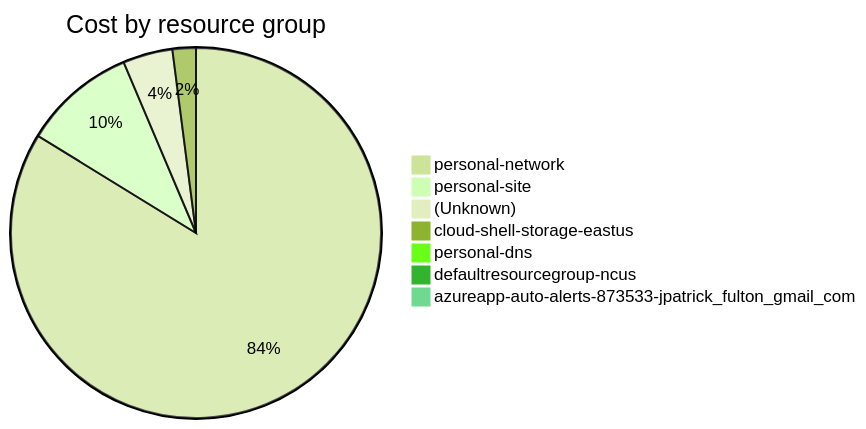
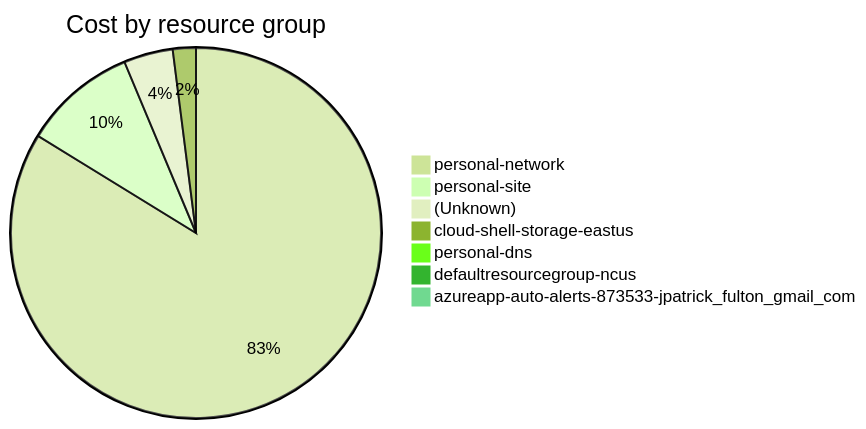
One commit to jpfulton/azure-personal-reports changed the fourth of 4 diagrams in cost-reports/accumulated-cost.md. Above: the diagram before and after it, drawn with Mermaid (forest theme). The commit also changed other lines of this file and 4 other files, not shown here.

````diff
--- a/cost-reports/accumulated-cost.md
+++ b/cost-reports/accumulated-cost.md
@@ -159,11 +159,11 @@
 ```mermaid
 pie
    title Cost by resource group
-   "personal-network" : 232.84
-   "personal-site" : 27.37
-   "(Unknown)" : 12.06
-   "cloud-shell-storage-eastus" : 5.67
-   "personal-dns" : 0.91
+   "personal-network" : 236.27
+   "personal-site" : 27.99
+   "(Unknown)" : 12.10
+   "cloud-shell-storage-eastus" : 5.68
+   "personal-dns" : 0.95
    "defaultresourcegroup-ncus" : 0.00
    "azureapp-auto-alerts-873533-jpatrick_fulton_gmail_com" : 0.00
 ```
````
